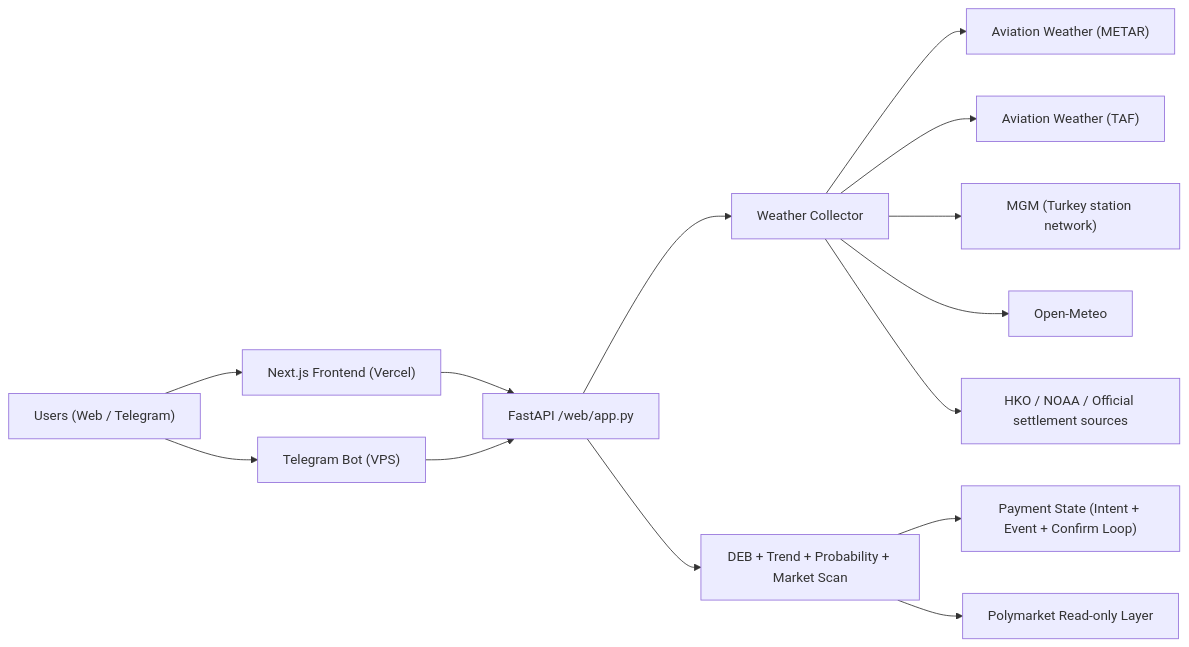
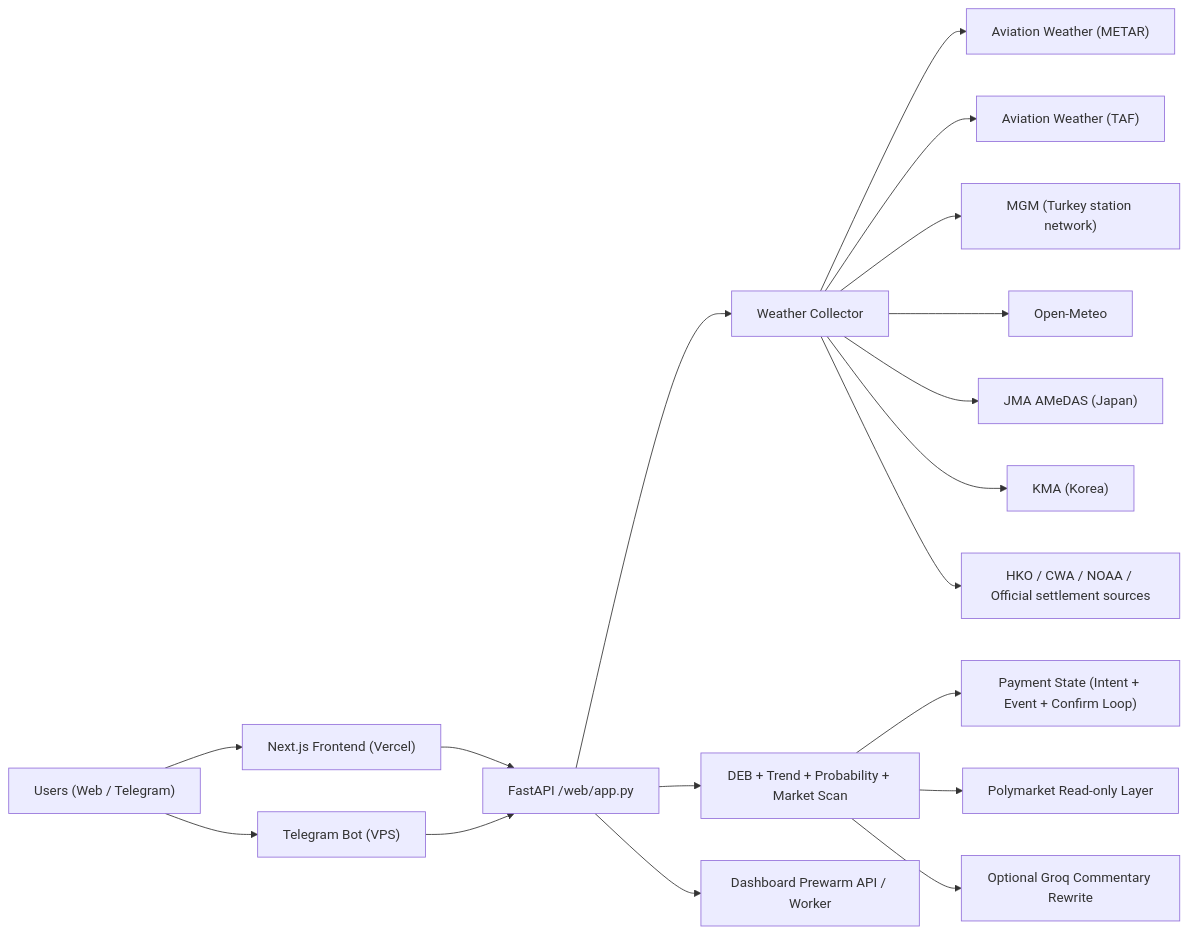
Before and after one commit to ivanmladek/PolyWeather: the diagram in README.md, drawn with Mermaid. The commit also changed other lines of this file and 9 other files, not shown here.

````diff
--- a/README.md
+++ b/README.md
@@ -59,18 +67,22 @@
 ```mermaid
 flowchart LR
     U["Users (Web / Telegram)"] --> FE["Next.js Frontend (Vercel)"]
     U --> BOT["Telegram Bot (VPS)"]
     FE --> API["FastAPI /web/app.py"]
     BOT --> API
 
     API --> WX["Weather Collector"]
     WX --> METAR["Aviation Weather (METAR)"]
     WX --> TAF["Aviation Weather (TAF)"]
     WX --> MGM["MGM (Turkey station network)"]
     WX --> OM["Open-Meteo"]
-    WX --> HKO["HKO / NOAA / Official settlement sources"]
+    WX --> JMA["JMA AMeDAS (Japan)"]
+    WX --> KMA["KMA (Korea)"]
+    WX --> HKO["HKO / CWA / NOAA / Official settlement sources"]
 
     API --> ANA["DEB + Trend + Probability + Market Scan"]
     ANA --> PAY["Payment State (Intent + Event + Confirm Loop)"]
     ANA --> PM["Polymarket Read-only Layer"]
+    ANA --> LLM["Optional Groq Commentary Rewrite"]
+    API --> PREWARM["Dashboard Prewarm API / Worker"]
 ```
````
